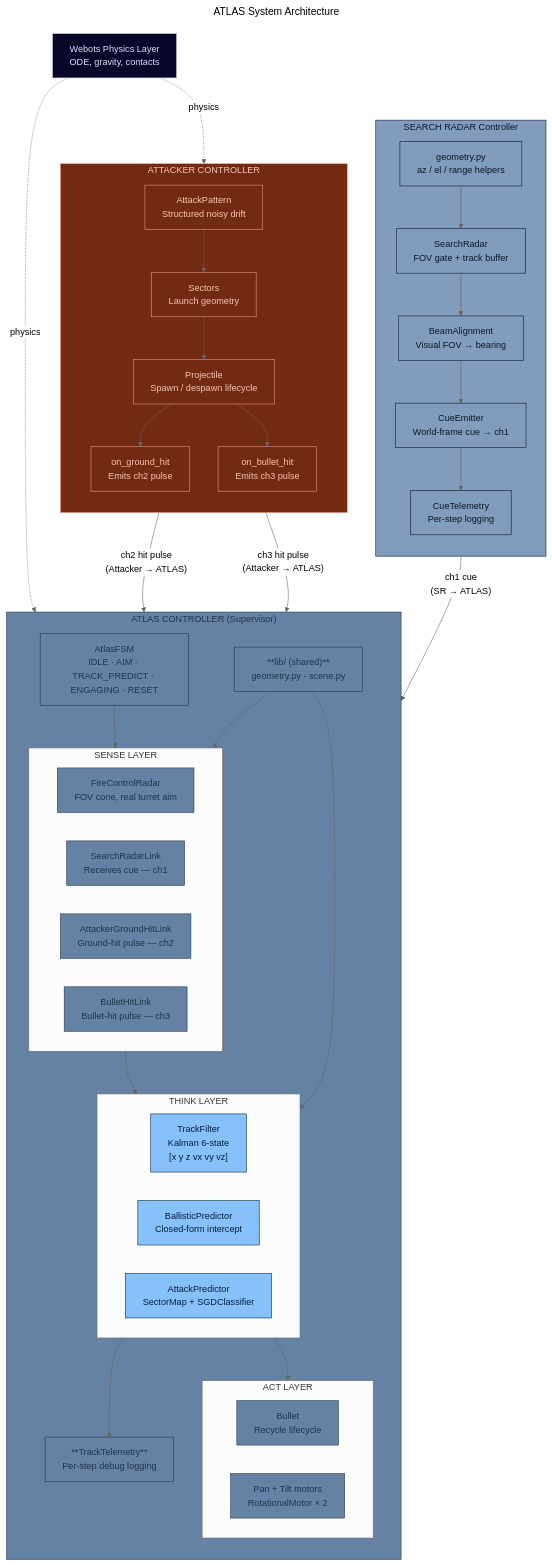
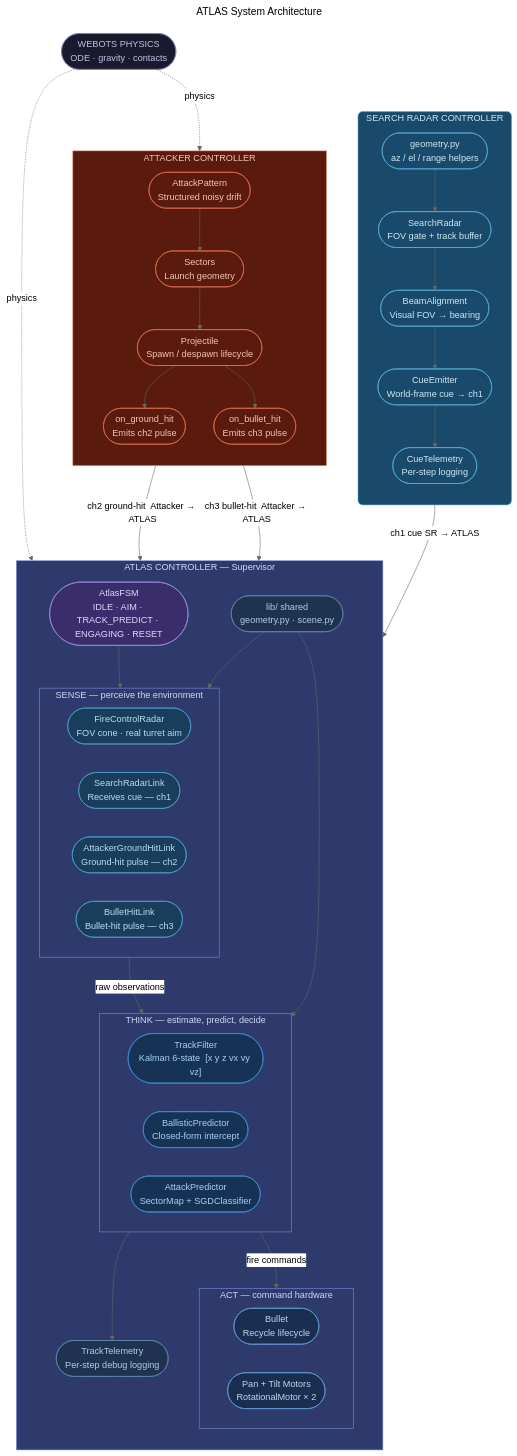
One commit to alpasahai/programming_robotics_project changed the diagram in report/ATLAS_architecture_diagram.mmd. Above: the diagram before and after it, drawn with Mermaid (neutral theme).

Commit message:
UPDATED System Architecture
Updated to add Sense->Think->Act + made the design a little nicer

```diff
--- a/report/ATLAS_architecture_diagram.mmd
+++ b/report/ATLAS_architecture_diagram.mmd
@@ -1,90 +1,116 @@
+---
 ---
 title: ATLAS System Architecture
 ---
 flowchart TB
-    %% ── SEARCH RADAR CONTROLLER ──
-    subgraph SR["SEARCH RADAR Controller"]
+
+    %% ══════════════════════════════════════════
+    %% SEARCH RADAR CONTROLLER
+    %% ══════════════════════════════════════════
+    subgraph SR["SEARCH RADAR CONTROLLER"]
         direction TB
-        SR1["SearchRadar\nFOV gate + track buffer"]
-        SR2["BeamAlignment\nVisual FOV → bearing"]
-        SR3["CueEmitter\nWorld-frame cue → ch1"]
-        SR4["CueTelemetry\nPer-step logging"]
-        SR5["geometry.py\naz / el / range helpers"]
+        SR1(["SearchRadar\nFOV gate + track buffer"])
+        SR2(["BeamAlignment\nVisual FOV → bearing"])
+        SR3(["CueEmitter\nWorld-frame cue → ch1"])
+        SR4(["CueTelemetry\nPer-step logging"])
+        SR5(["geometry.py\naz / el / range helpers"])
         SR1 --> SR2 --> SR3
         SR3 --> SR4
-        SR5 --> SR1
+        SR5 -->SR1
     end
 
-    %% ── ATLAS CONTROLLER (SUPERVISOR) ──
-    subgraph ATLAS["ATLAS CONTROLLER (Supervisor)"]
+    %% ══════════════════════════════════════════
+    %% ATLAS CONTROLLER (SUPERVISOR)
+    %% ══════════════════════════════════════════
+    subgraph ATLAS["ATLAS CONTROLLER — Supervisor"]
         direction TB
 
-        FSM["AtlasFSM\nIDLE · AIM · TRACK_PREDICT · ENGAGING · RESET"]
+        FSM(["AtlasFSM\nIDLE · AIM · TRACK_PREDICT · ENGAGING · RESET"])
 
-        subgraph SENSE["SENSE LAYER"]
+        %% ── SENSE ──────────────────────────────
+        subgraph SENSE["SENSE  — perceive the environment"]
             direction LR
-            A1["FireControlRadar\nFOV cone, real turret aim"]
-            A2["SearchRadarLink\nReceives cue — ch1"]
-            A3["AttackerGroundHitLink\nGround-hit pulse — ch2"]
-            A4["BulletHitLink\nBullet-hit pulse — ch3"]
+            A1(["FireControlRadar\nFOV cone · real turret aim"])
+            A2(["SearchRadarLink\nReceives cue — ch1"])
+            A3(["AttackerGroundHitLink\nGround-hit pulse — ch2"])
+            A4(["BulletHitLink\nBullet-hit pulse — ch3"])
         end
 
-        subgraph THINK["THINK LAYER"]
+        %% ── THINK ──────────────────────────────
+        subgraph THINK["THINK  — estimate, predict, decide"]
             direction LR
-            T1["TrackFilter\nKalman 6-state\n[x y z vx vy vz]"]
-            T2["BallisticPredictor\nClosed-form intercept"]
-            T3["AttackPredictor\nSectorMap + SGDClassifier"]
+            T1(["TrackFilter\nKalman 6-state  [x y z vx vy vz]"])
+            T2(["BallisticPredictor\nClosed-form intercept"])
+            T3(["AttackPredictor\nSectorMap + SGDClassifier"])
         end
 
-        subgraph ACT["ACT LAYER"]
+        %% ── ACT ────────────────────────────────
+        subgraph ACT["ACT  — command hardware"]
             direction LR
-            C1["Bullet\nRecycle lifecycle"]
-            C2["Pan + Tilt motors\nRotationalMotor × 2"]
+            C1(["Bullet\nRecycle lifecycle"])
+            C2(["Pan + Tilt Motors\nRotationalMotor × 2"])
         end
 
-        TEL["**TrackTelemetry**\nPer-step debug logging"]
-        LIB["**lib/ (shared)**\ngeometry.py · scene.py"]
+        TEL(["TrackTelemetry\nPer-step debug logging"])
+        LIB(["lib/ shared\ngeometry.py · scene.py"])
 
         FSM --> SENSE
-        SENSE --> THINK
-        THINK --> ACT
+        SENSE -->|"raw observations"| THINK
+        THINK -->|"fire commands"| ACT
         THINK --> TEL
         LIB --> SENSE
         LIB --> THINK
     end
 
-    %% ── ATTACKER CONTROLLER ──
+    %% ══════════════════════════════════════════
+    %% ATTACKER CONTROLLER
+    %% ══════════════════════════════════════════
     subgraph ATK["ATTACKER CONTROLLER"]
         direction TB
-        K1["Projectile\nSpawn / despawn lifecycle"]
-        K2["AttackPattern\nStructured noisy drift"]
-        K3["Sectors\nLaunch geometry"]
-        K4["on_ground_hit\nEmits ch2 pulse"]
-        K5["on_bullet_hit\nEmits ch3 pulse"]
+        K2(["AttackPattern\nStructured noisy drift"])
+        K3(["Sectors\nLaunch geometry"])
+        K1(["Projectile\nSpawn / despawn lifecycle"])
+        K4(["on_ground_hit\nEmits ch2 pulse"])
+        K5(["on_bullet_hit\nEmits ch3 pulse"])
+        K2 --> K3 --> K1
         K1 --> K4
         K1 --> K5
-        K2 --> K3 --> K1
     end
 
-    %% ── WEBOTS PHYSICS ──
-    WB["Webots Physics Layer\nODE, gravity, contacts"]
+    %% ══════════════════════════════════════════
+    %% WEBOTS PHYSICS
+    %% ══════════════════════════════════════════
+    WB(["WEBOTS PHYSICS\nODE · gravity · contacts"])
 
-    %% ── RADIO LINKS ──
-    SR3 -- "ch1 cue\n(SR → ATLAS)" --> A2
-    K4 -- "ch2 hit pulse\n(Attacker → ATLAS)" --> A3
-    K5 -- "ch3 hit pulse\n(Attacker → ATLAS)" --> A4
+    %% ══════════════════════════════════════════
+    %% RADIO LINKS  (inter-controller)
+    %% ══════════════════════════════════════════
+    SR3 -- "ch1 cue  SR → ATLAS" --> A2
+    K4  -- "ch2 ground-hit  Attacker → ATLAS" --> A3
+    K5  -- "ch3 bullet-hit  Attacker → ATLAS" --> A4
+
     WB -. physics .-> ATK
     WB -. physics .-> ATLAS
 
-    %% ── STYLES ──
-    classDef srStyle    fill:#829cbd,stroke:#0b1829,color:#0b1829
-    classDef atlasStyle fill:#6581a3,stroke:#22354d,color:#22354d
-    classDef atkStyle   fill:#712B13,stroke:#F0997B,color:#F5C4B3
-    classDef thinkStyle fill:#86c1fc,stroke:#051f38,color:#051f38
-    classDef wbStyle    fill:#080629,stroke:#e0dff0,color:#e0dff0
+    %% ══════════════════════════════════════════
+    %% STYLES
+    %% ══════════════════════════════════════════
+    classDef srStyle    fill:#1a4a6b,stroke:#5bafd6,color:#cce8f5,rx:8
+    classDef atlasStyle fill:#2d3a6b,stroke:#7b8fe0,color:#d0d8f8
+    classDef senseStyle fill:#1b3d5c,stroke:#4fa3cc,color:#b8ddf0
+    classDef thinkStyle fill:#163356,stroke:#4a90d9,color:#a8d0f0
+    classDef actStyle   fill:#1a2e50,stroke:#6a9fd8,color:#bdd6f0
+    classDef atkStyle   fill:#5a1a0d,stroke:#e07050,color:#f5c4b3
+    classDef wbStyle    fill:#1a1a2e,stroke:#8080c0,color:#c0c0e8
+    classDef fsmStyle   fill:#3a2d6b,stroke:#a090e0,color:#e0d8fc
+    classDef libStyle   fill:#1f3350,stroke:#608ab0,color:#b0cce0
 
     class SR,SR1,SR2,SR3,SR4,SR5 srStyle
-    class ATLAS,FSM,A1,A2,A3,A4,C1,C2,TEL,LIB atlasStyle
+    class ATLAS,SENSE,THINK,ACT atlasStyle
+    class A1,A2,A3,A4 senseStyle
+    class T1,T2,T3 thinkStyle
+    class C1,C2 actStyle
     class ATK,K1,K2,K3,K4,K5 atkStyle
-    class T1,T2,T3 thinkStyle
     class WB wbStyle
+    class FSM fsmStyle
+    class TEL,LIB libStyle
```
